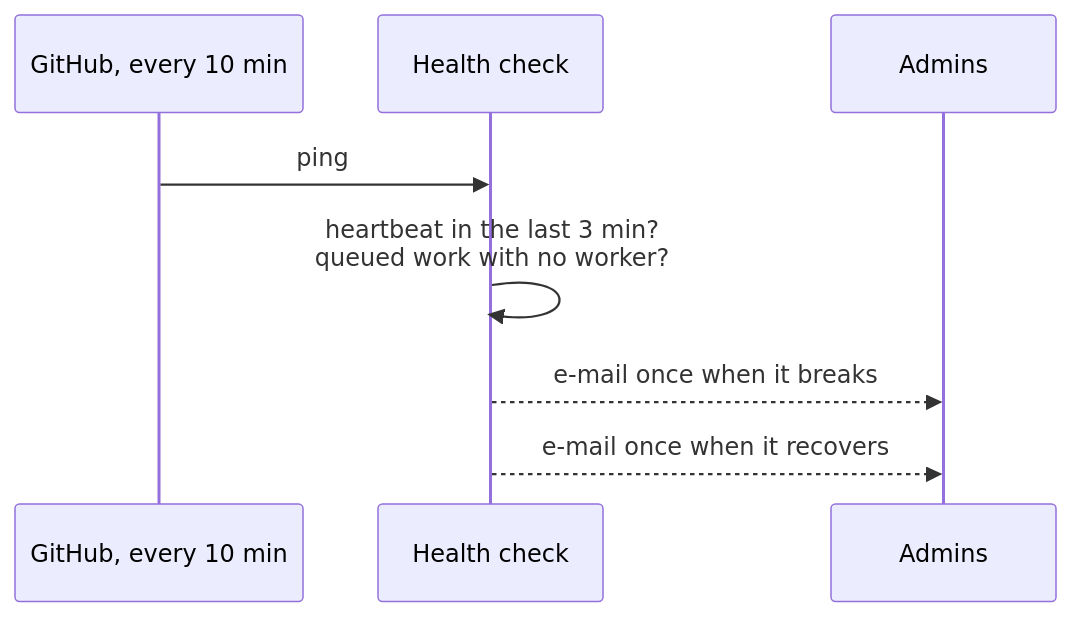
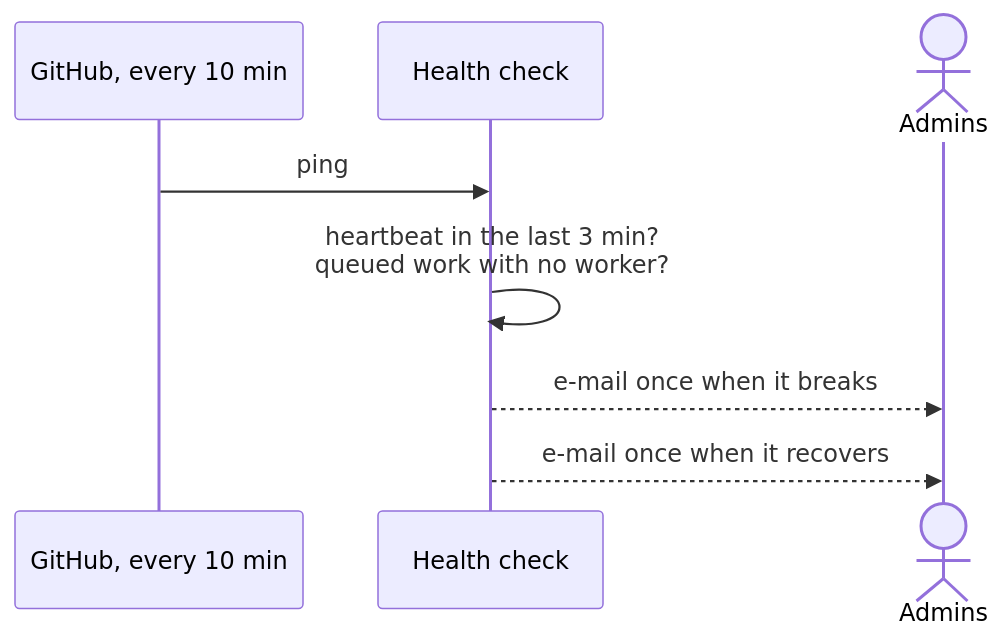
The ninth of 11 diagrams in docs/walkthrough/ALL-IN-ONE.md (McMaster-Battery-Research-Group/battery-soc-benchmark), drawn with Mermaid before and after one commit. The commit also changed other lines of this file and 46 other files, not shown here.

````diff
--- a/docs/walkthrough/ALL-IN-ONE.md
+++ b/docs/walkthrough/ALL-IN-ONE.md
@@ -454,10 +455,10 @@
 ```mermaid
 sequenceDiagram
     participant G as GitHub, every 10 min
     participant W as Health check
-    participant A as Admins
+    actor A as Admins
     G->>W: ping
     W->>W: heartbeat in the last 3 min?<br/>queued work with no worker?
     W-->>A: e-mail once when it breaks
     W-->>A: e-mail once when it recovers
 ```
````
